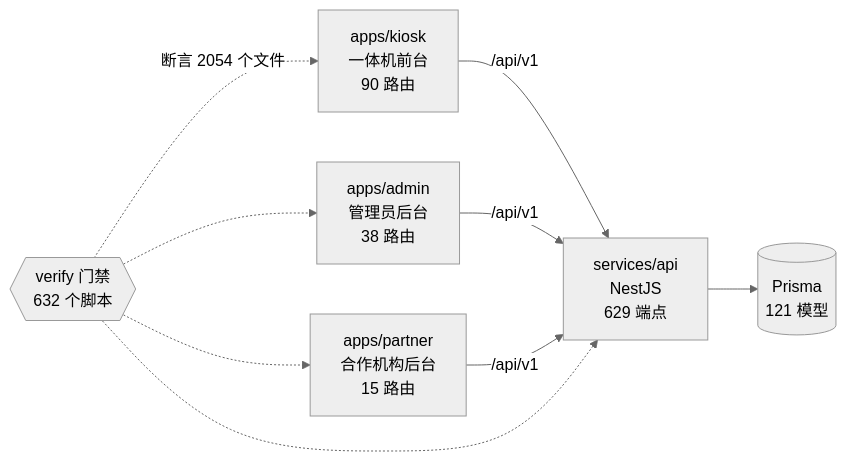
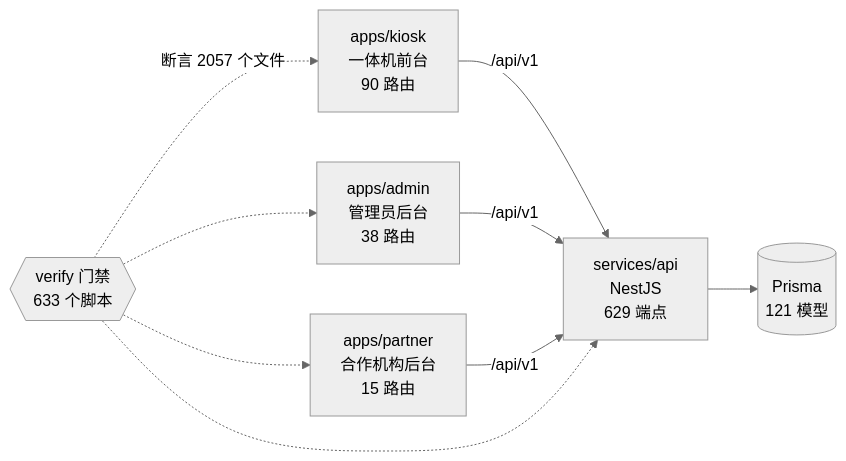
One commit to wanglei581/YITIJI changed the diagram in docs/graph/README.md. Above: the diagram before and after it, drawn with Mermaid (neutral theme). The commit also changed other lines of this file and 3 other files, not shown here.

Commit message:
chore(graph): B7 并入后重生图谱

````diff
--- a/docs/graph/README.md
+++ b/docs/graph/README.md
@@ -68,18 +68,18 @@
 ```mermaid
 flowchart LR
   kiosk["apps/kiosk<br/>一体机前台<br/>90 路由"]
   admin["apps/admin<br/>管理员后台<br/>38 路由"]
   partner["apps/partner<br/>合作机构后台<br/>15 路由"]
   api["services/api<br/>NestJS<br/>629 端点"]
   db[("Prisma<br/>121 模型")]
-  gates{{"verify 门禁<br/>632 个脚本"}}
+  gates{{"verify 门禁<br/>633 个脚本"}}
 
   kiosk -->|"/api/v1"| api
   admin -->|"/api/v1"| api
   partner -->|"/api/v1"| api
   api --> db
-  gates -.->|"断言 2054 个文件"| kiosk
+  gates -.->|"断言 2057 个文件"| kiosk
   gates -.-> admin
   gates -.-> partner
   gates -.-> api
 ```
````
